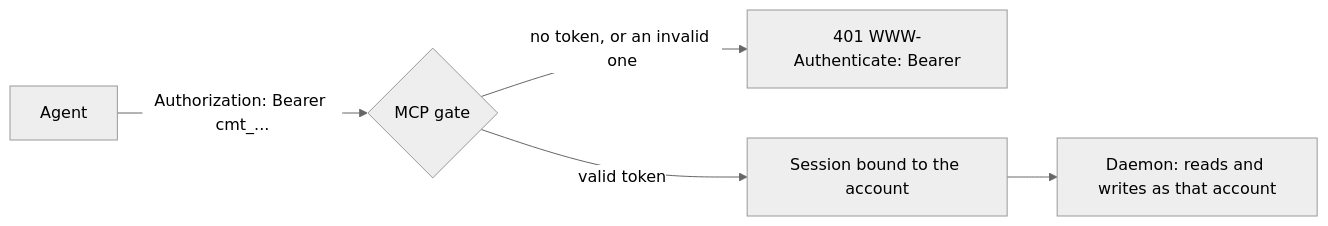
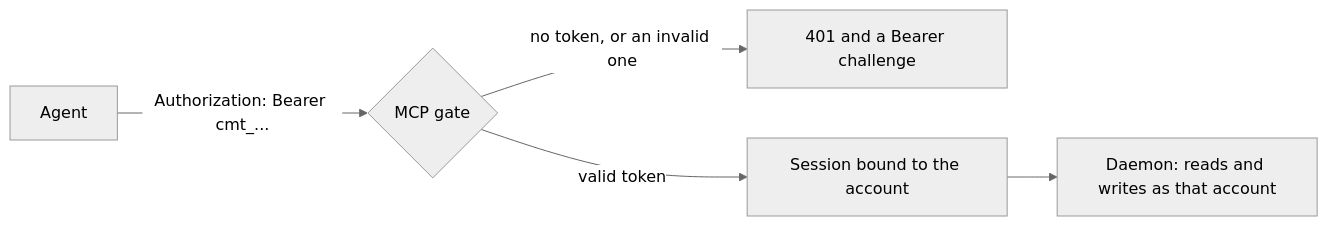
One commit to jordiboehme/crystalline changed diagram 11 of 14 in docs/deployment.md. Above: the diagram before and after it, drawn with Mermaid (neutral theme). The commit also changed other lines of this file and 1 other file, not shown here.

First line of the commit message:
docs: the mcp challenge names the metadata wherever oauth is on

````diff
--- a/docs/deployment.md
+++ b/docs/deployment.md
@@ -376,7 +376,7 @@
 ```mermaid
 flowchart LR
     A[Agent] -->|Authorization: Bearer cmt_...| G{MCP gate}
-    G -->|no token, or an invalid one| R[401 WWW-Authenticate: Bearer]
+    G -->|no token, or an invalid one| R[401 and a Bearer challenge]
     G -->|valid token| S[Session bound to the account]
     S --> D[Daemon: reads and writes as that account]
 ```
````
